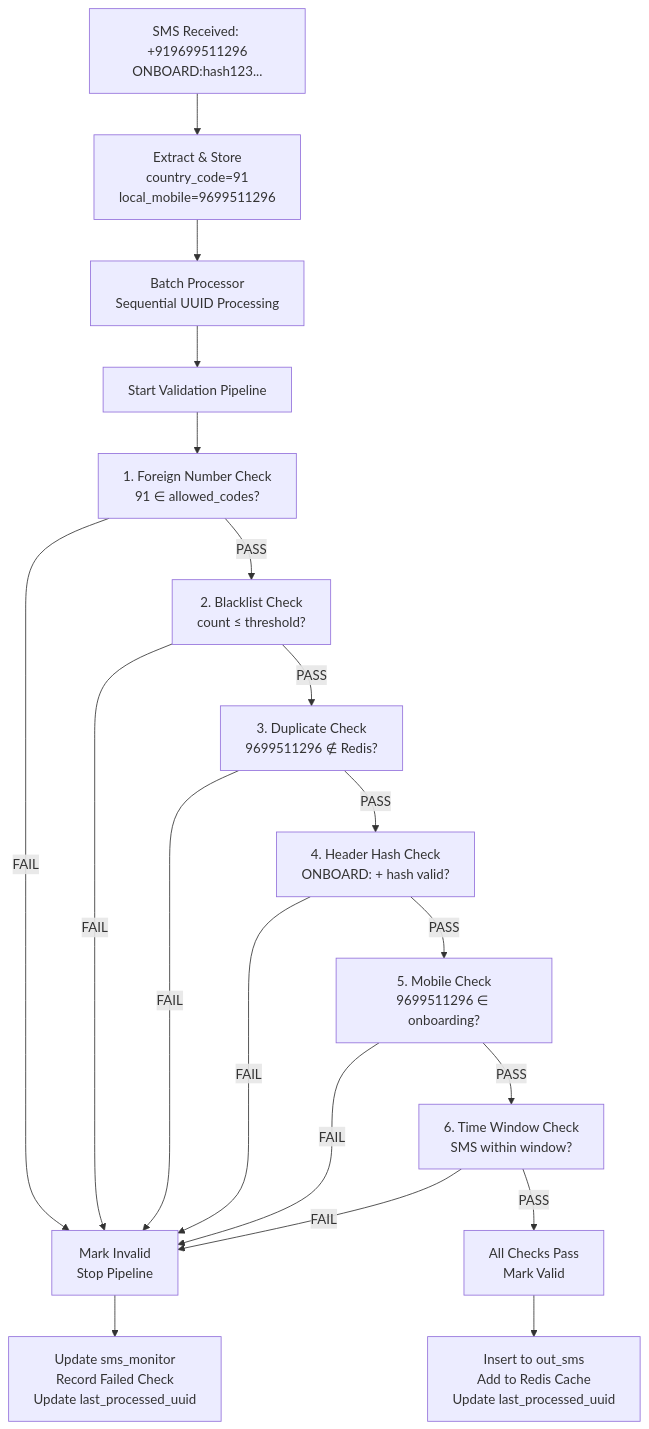
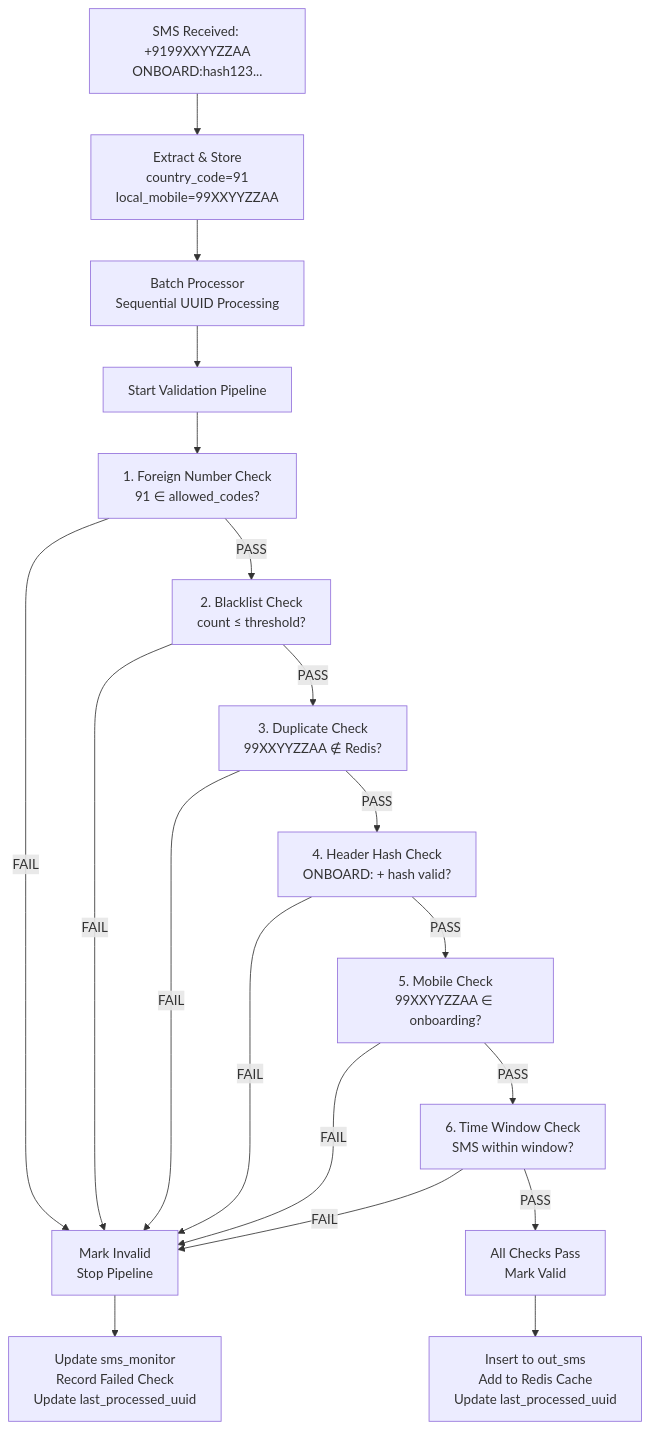
One commit to AIBappa/sms_gateway changed the first of 2 diagrams in docs/functionality.md. Above: the diagram before and after it, drawn with Mermaid. The commit also changed other lines of this file and 4 other files, not shown here.

````diff
--- a/docs/functionality.md
+++ b/docs/functionality.md
@@ -201,28 +201,28 @@
 ```mermaid
 graph TD
-    A[SMS Received: +919699511296<br/>ONBOARD:hash123...] --> B[Extract & Store<br/>country_code=91<br/>local_mobile=9699511296]
+    A[SMS Received: +9199XXYYZZAA<br/>ONBOARD:hash123...] --> B[Extract & Store<br/>country_code=91<br/>local_mobile=99XXYYZZAA]
     B --> C[Batch Processor<br/>Sequential UUID Processing]
     C --> D[Start Validation Pipeline]
     
     D --> E[1. Foreign Number Check<br/>91 ∈ allowed_codes?]
     E -->|FAIL| Z[Mark Invalid<br/>Stop Pipeline]
     E -->|PASS| F[2. Blacklist Check<br/>count ≤ threshold?]
     
     F -->|FAIL| Z
-    F -->|PASS| G[3. Duplicate Check<br/>9699511296 ∉ Redis?]
+    F -->|PASS| G[3. Duplicate Check<br/>99XXYYZZAA ∉ Redis?]
     
     G -->|FAIL| Z  
     G -->|PASS| H[4. Header Hash Check<br/>ONBOARD: + hash valid?]
     
     H -->|FAIL| Z
-    H -->|PASS| I[5. Mobile Check<br/>9699511296 ∈ onboarding?]
+    H -->|PASS| I[5. Mobile Check<br/>99XXYYZZAA ∈ onboarding?]
     
     I -->|FAIL| Z
     I -->|PASS| J[6. Time Window Check<br/>SMS within window?]
     
     J -->|FAIL| Z
     J -->|PASS| K[All Checks Pass<br/>Mark Valid]
     
     K --> L[Insert to out_sms<br/>Add to Redis Cache<br/>Update last_processed_uuid]
     Z --> M[Update sms_monitor<br/>Record Failed Check<br/>Update last_processed_uuid]
 ```
````
